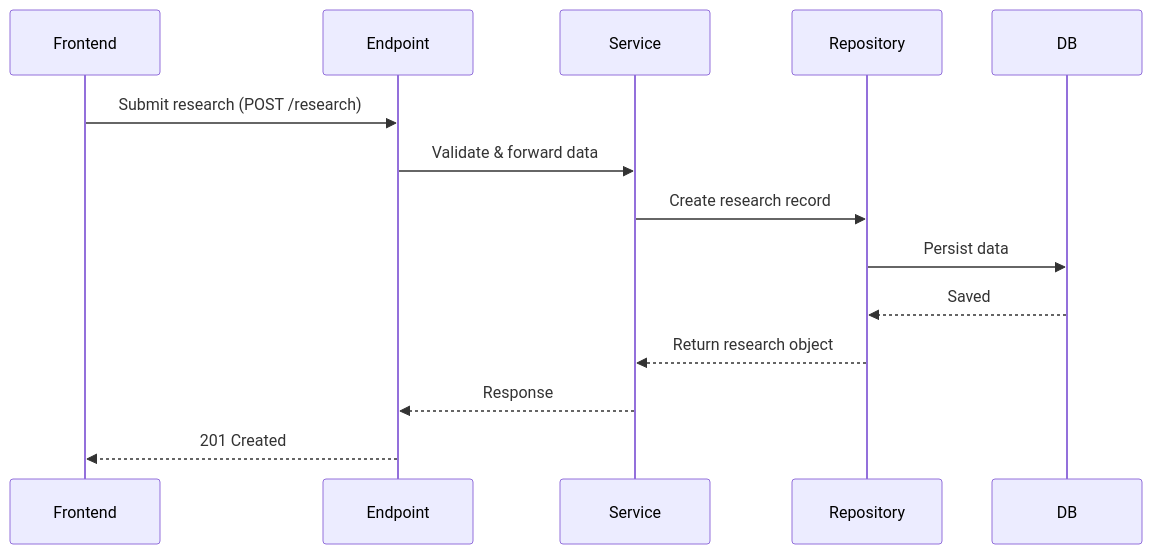
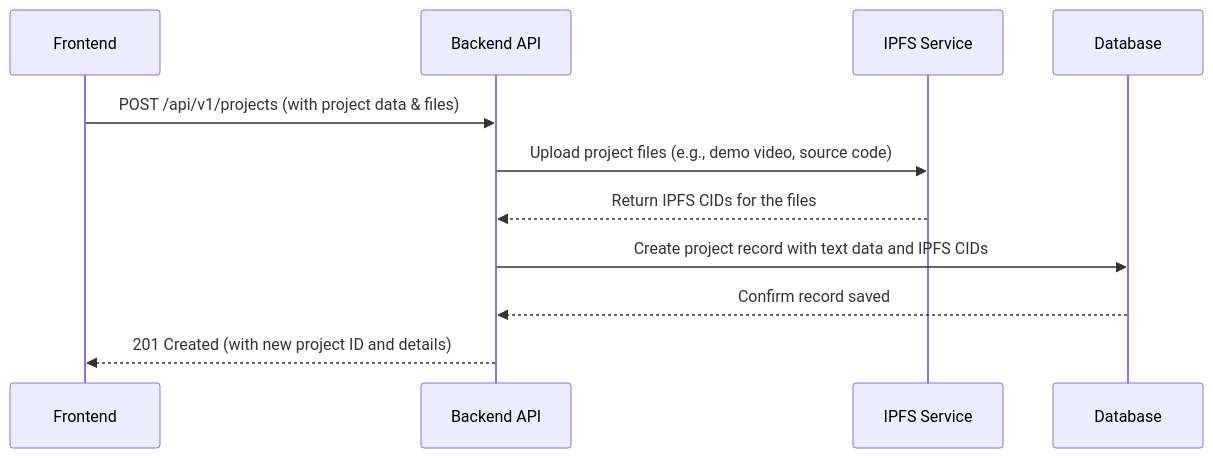
The first of 2 diagrams in README.md (ctycho-dev/athenax-backend), drawn with Mermaid before and after one commit. The commit also changed other lines of this file, not shown here.

````diff
--- a/README.md
+++ b/README.md
@@ -108,17 +103,14 @@
 ```mermaid
 sequenceDiagram
     participant Frontend
-    participant Endpoint
-    participant Service
-    participant Repository
-    participant DB
+    participant Backend API
+    participant IPFS Service
+    participant Database
 
-    Frontend->>Endpoint: Submit research (POST /research)
-    Endpoint->>Service: Validate & forward data
-    Service->>Repository: Create research record
-    Repository->>DB: Persist data
-    DB-->>Repository: Saved
-    Repository-->>Service: Return research object
-    Service-->>Endpoint: Response
-    Endpoint-->>Frontend: 201 Created
+    Frontend->>Backend API: POST /api/v1/projects (with project data & files)
+    Backend API->>IPFS Service: Upload project files (e.g., demo video, source code)
+    IPFS Service-->>Backend API: Return IPFS CIDs for the files
+    Backend API->>Database: Create project record with text data and IPFS CIDs
+    Database-->>Backend API: Confirm record saved
+    Backend API-->>Frontend: 201 Created (with new project ID and details)
 ```
````
